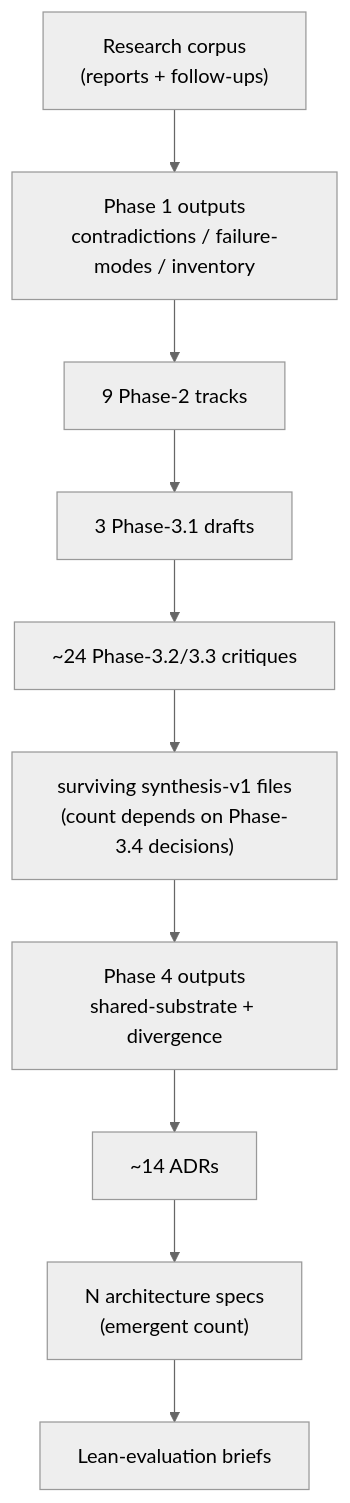
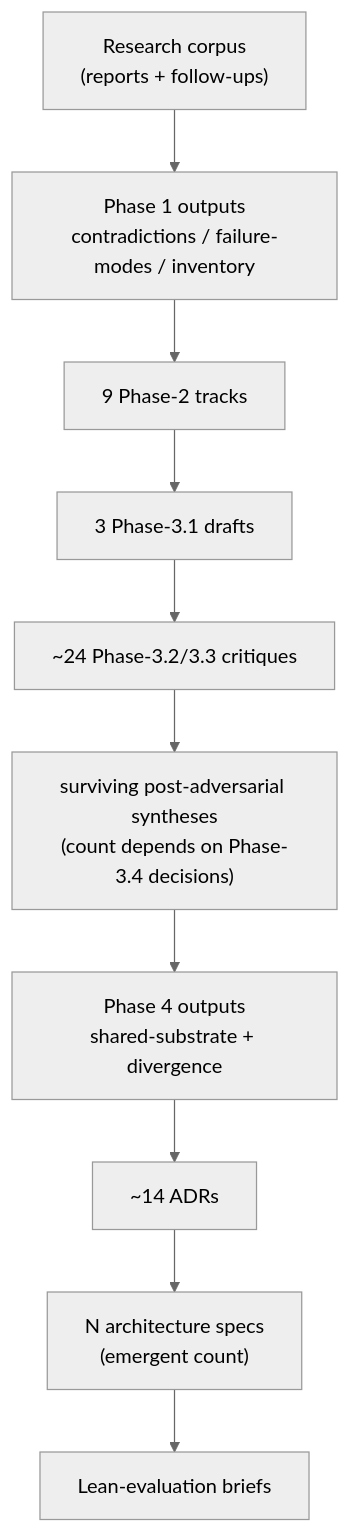
Before and after one commit to lago-morph/software-factory: the fourth of 11 diagrams in research-plan-v3-primer.md, drawn with Mermaid (neutral theme). The commit also changed other lines of this file, not shown here.

````diff
--- a/research-plan-v3-primer.md
+++ b/research-plan-v3-primer.md
@@ -101,16 +101,16 @@
 ```mermaid
 flowchart TB
     CORPUS["Research corpus<br/>(reports + follow-ups)"]
     P1OUT["Phase 1 outputs<br/>contradictions / failure-modes / inventory"]
     TRACKS["9 Phase-2 tracks"]
     DRAFTS["3 Phase-3.1 drafts"]
     CRITIQUES["~24 Phase-3.2/3.3 critiques"]
-    SV1["surviving synthesis-v1 files<br/>(count depends on Phase-3.4 decisions)"]
+    SV1["surviving post-adversarial syntheses<br/>(count depends on Phase-3.4 decisions)"]
     P4OUT["Phase 4 outputs<br/>shared-substrate + divergence"]
     ADRS["~14 ADRs"]
     SPECS["N architecture specs<br/>(emergent count)"]
     EVALS["Lean-evaluation briefs"]
 
     CORPUS --> P1OUT --> TRACKS --> DRAFTS
     DRAFTS --> CRITIQUES --> SV1 --> P4OUT --> ADRS --> SPECS --> EVALS
 ```
````
